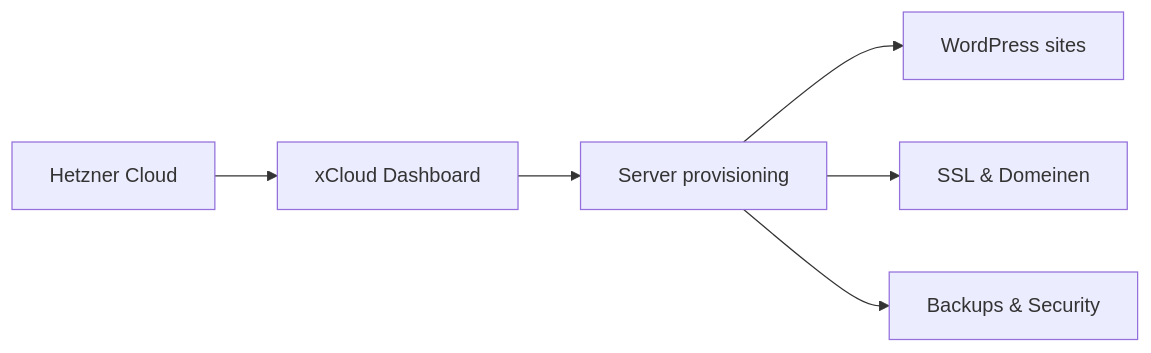
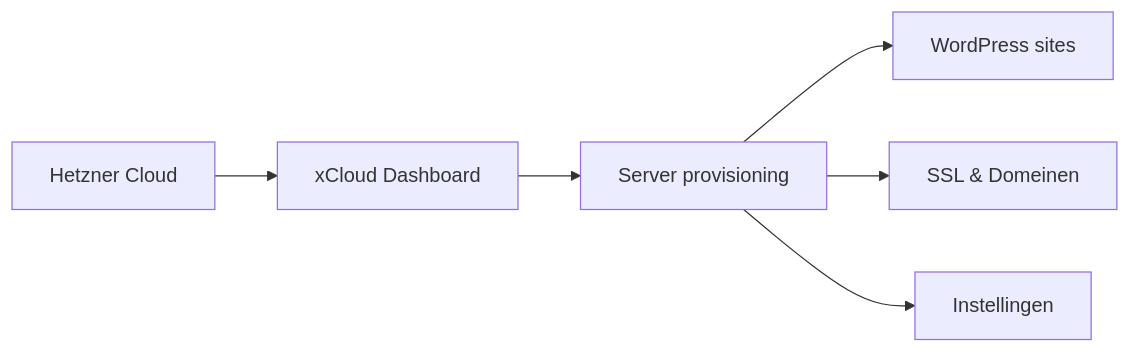
Before and after one commit to kayjilesen/documentationai-Docs: the diagram in hosting/server-setup.mdx, drawn with Mermaid. The commit also changed other lines of this file and 15 other files, not shown here.

````diff
--- a/hosting/server-setup.mdx
+++ b/hosting/server-setup.mdx
@@ -10,8 +10,8 @@
 ```mermaid
 graph LR
     A["Hetzner Cloud"] --> B["xCloud Dashboard"]
     B --> C["Server provisioning"]
     C --> D["WordPress sites"]
     C --> E["SSL & Domeinen"]
-    C --> F["Backups & Security"]
+    C --> F["Instellingen"]
 ```
````
